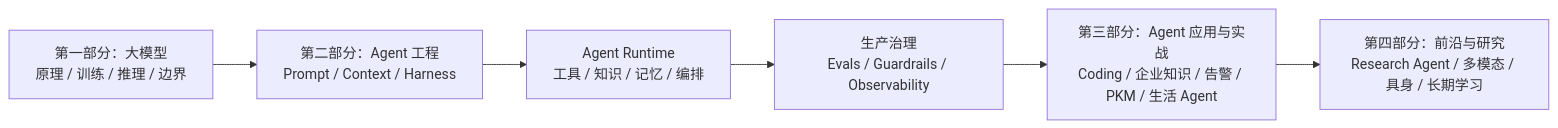
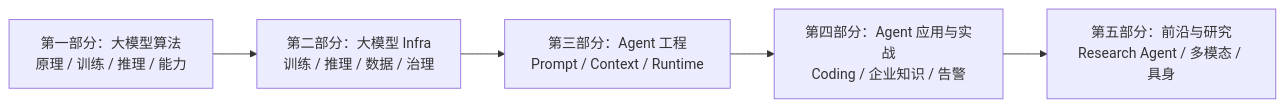
The diagram in books/ai-book/src/README.md (wxquare/wxquare.github.io), drawn with Mermaid before and after one commit. The commit also changed other lines of this file and 14 other files, not shown here.

````diff
--- a/books/ai-book/src/README.md
+++ b/books/ai-book/src/README.md
@@ -13,8 +13,7 @@
 ```mermaid
 flowchart LR
-    A["第一部分：大模型<br/>原理 / 训练 / 推理 / 边界"] --> B["第二部分：Agent 工程<br/>Prompt / Context / Harness"]
-    B --> C["Agent Runtime<br/>工具 / 知识 / 记忆 / 编排"]
-    C --> D["生产治理<br/>Evals / Guardrails / Observability"]
-    D --> E["第三部分：Agent 应用与实战<br/>Coding / 企业知识 / 告警 / PKM / 生活 Agent"]
-    E --> F["第四部分：前沿与研究<br/>Research Agent / 多模态 / 具身 / 长期学习"]
+    A["第一部分：大模型算法<br/>原理 / 训练 / 推理 / 能力"] --> B["第二部分：大模型 Infra<br/>训练 / 推理 / 数据 / 治理"]
+    B --> C["第三部分：Agent 工程<br/>Prompt / Context / Runtime"]
+    C --> D["第四部分：Agent 应用与实战<br/>Coding / 企业知识 / 告警"]
+    D --> E["第五部分：前沿与研究<br/>Research Agent / 多模态 / 具身"]
 ```
````
